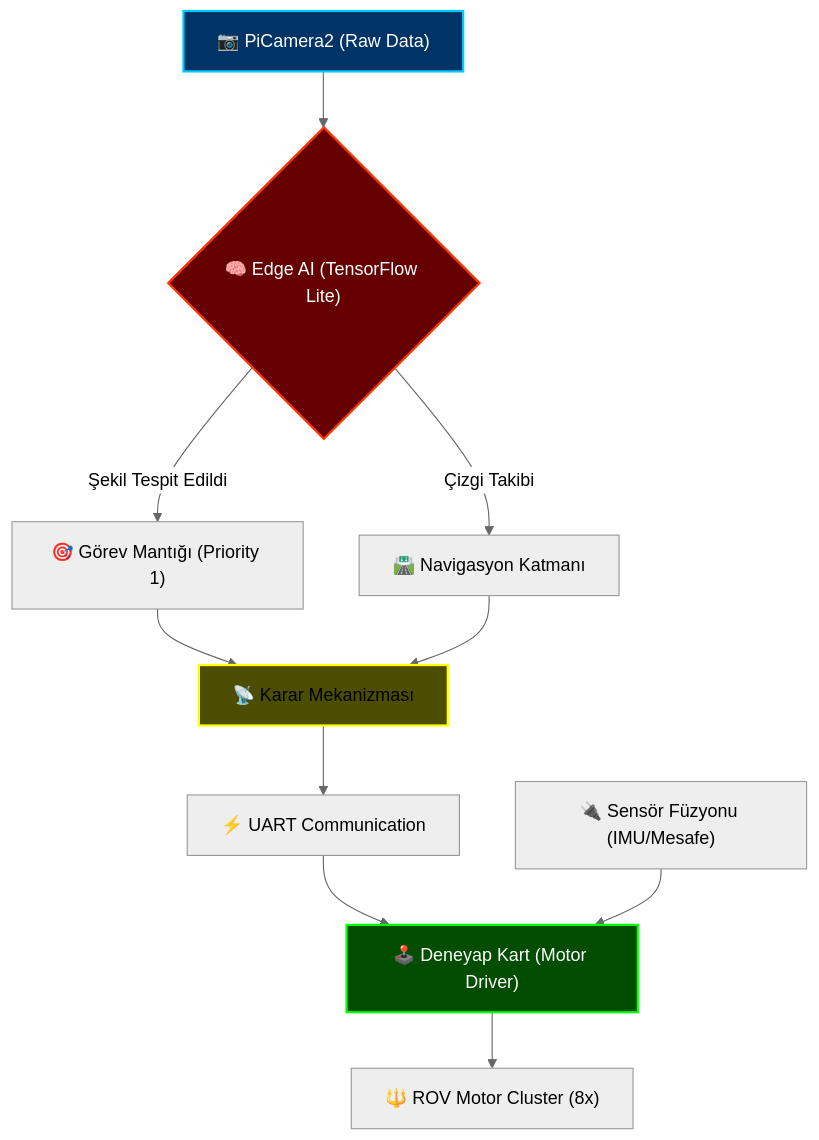
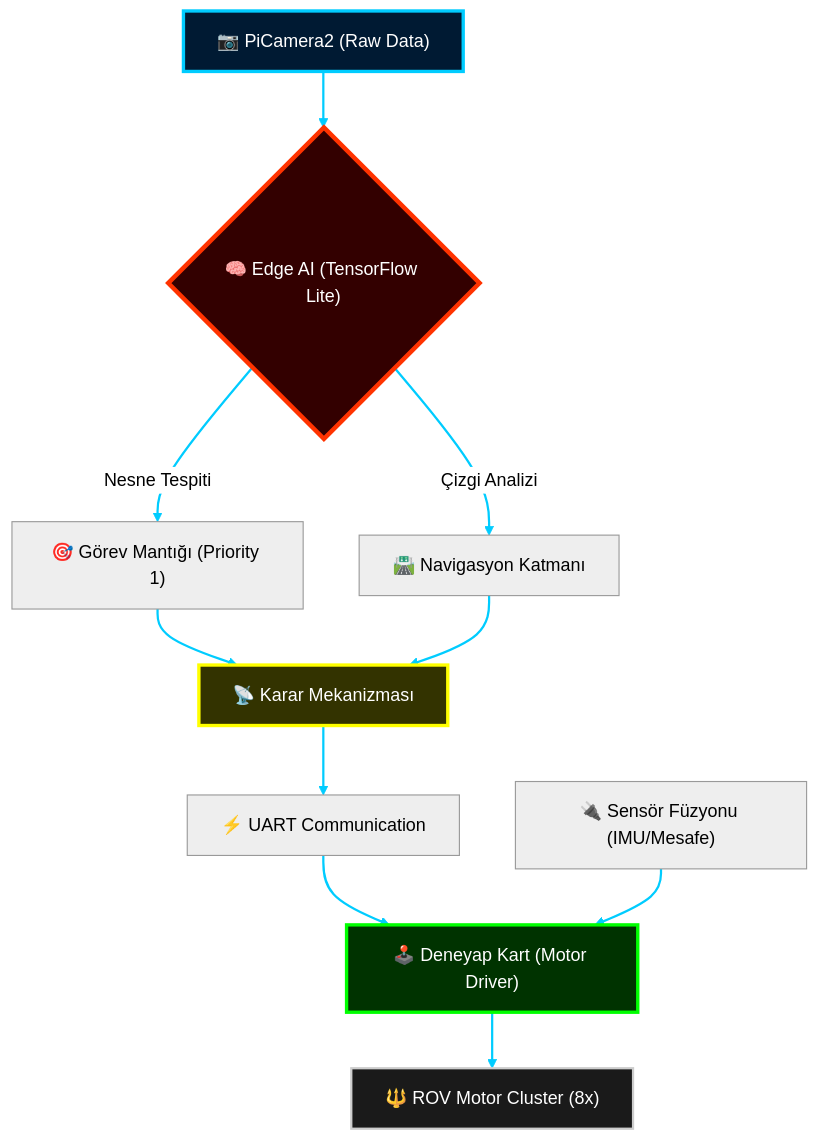
One commit to bahattinyunus/Project-Neptune-Alpha changed the diagram in README.md. Above: the diagram before and after it, drawn with Mermaid (neutral theme). The commit also changed other lines of this file and 1 other file, not shown here.

Commit message:
ULTIMA-WOW: Final ritual for repository elevation. Injected AI Banner, HUD-styled Mermaid diagrams, and System Initialization simulation.

````diff
--- a/README.md
+++ b/README.md
@@ -13,20 +23,33 @@
 ```mermaid
 graph TD
-    A["📷 PiCamera2 (Raw Data)"] --> B{"🧠 Edge AI (TensorFlow Lite)"}
-    B -- "Şekil Tespit Edildi" --> C["🎯 Görev Mantığı (Priority 1)"]
-    B -- "Çizgi Takibi" --> D["🛣️ Navigasyon Katmanı"]
+    %% Base Nodes
+    A["📷 PiCamera2 (Raw Data)"]
+    B{"🧠 Edge AI (TensorFlow Lite)"}
+    C["🎯 Görev Mantığı (Priority 1)"]
+    D["🛣️ Navigasyon Katmanı"]
+    E["📡 Karar Mekanizması"]
+    F["⚡ UART Communication"]
+    G["🕹️ Deneyap Kart (Motor Driver)"]
+    H["🔌 Sensör Füzyonu (IMU/Mesafe)"]
+    I["🔱 ROV Motor Cluster (8x)"]
+
+    %% Connections
+    A --> B
+    B -- "Nesne Tespiti" --> C
+    B -- "Çizgi Analizi" --> D
+    C --> E
+    D --> E
+    E --> F
+    F --> G
+    H --> G
+    G --> I
+
+    %% Elite Styling
+    style A fill:#001a33,stroke:#00ccff,stroke-width:3px,color:#fff
+    style B fill:#330000,stroke:#ff3300,stroke-width:4px,color:#fff
+    style G fill:#003300,stroke:#00ff00,stroke-width:3px,color:#fff
+    style E fill:#333300,stroke:#ffff00,stroke-width:3px,color:#fff
+    style I fill:#1a1a1a,stroke:#cccccc,stroke-width:2px,color:#fff
     
-    C --> E["📡 Karar Mekanizması"]
-    D --> E
-    
-    E --> F["⚡ UART Communication"]
-    F --> G["🕹️ Deneyap Kart (Motor Driver)"]
-    
-    H["🔌 Sensör Füzyonu (IMU/Mesafe)"] --> G
-    G --> I["🔱 ROV Motor Cluster (8x)"]
-    
-    style A fill:#003366,stroke:#00ccff,stroke-width:2px,color:#fff
-    style B fill:#660000,stroke:#ff3300,stroke-width:2px,color:#fff
-    style G fill:#004d00,stroke:#00ff00,stroke-width:2px,color:#fff
-    style E fill:#4d4d00,stroke:#ffff00,stroke-width:2px,color:#000
+    linkStyle 0,1,2,3,4,5,6,7,8 stroke:#00ccff,stroke-width:2px;
 ```
````
